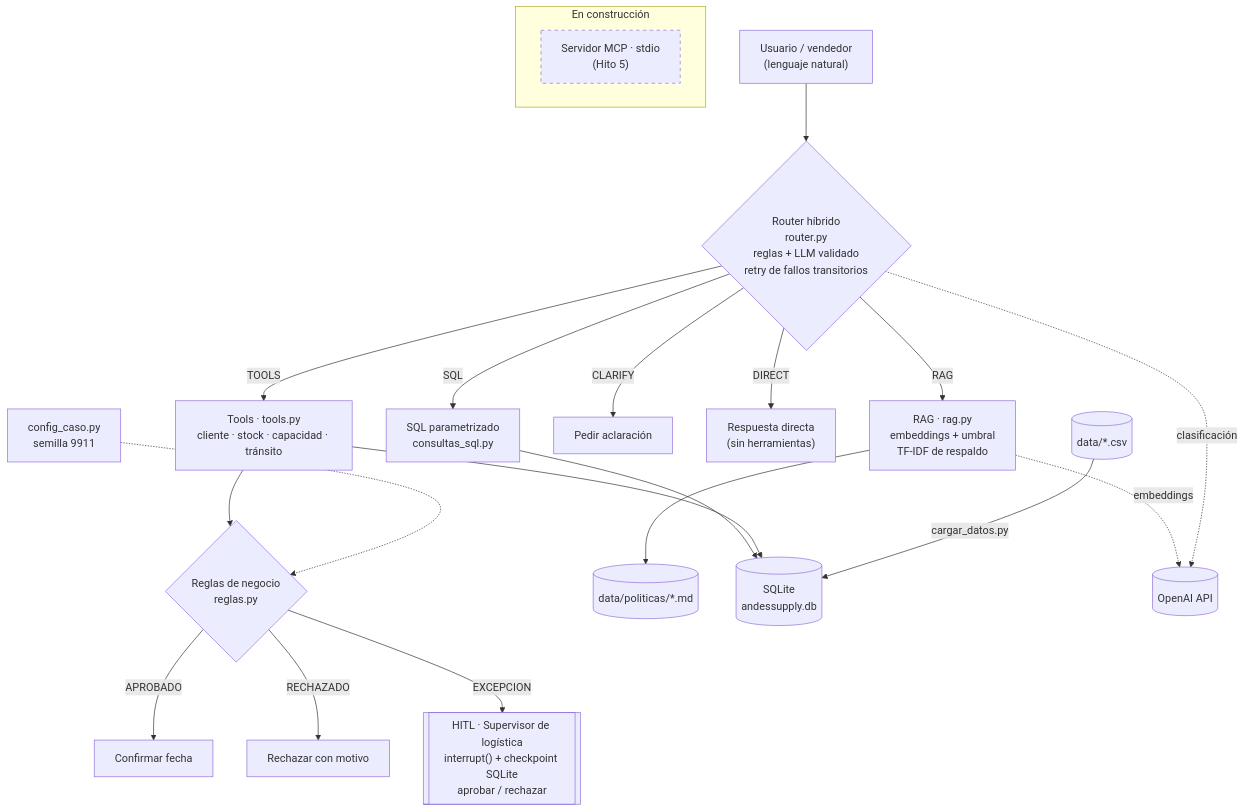
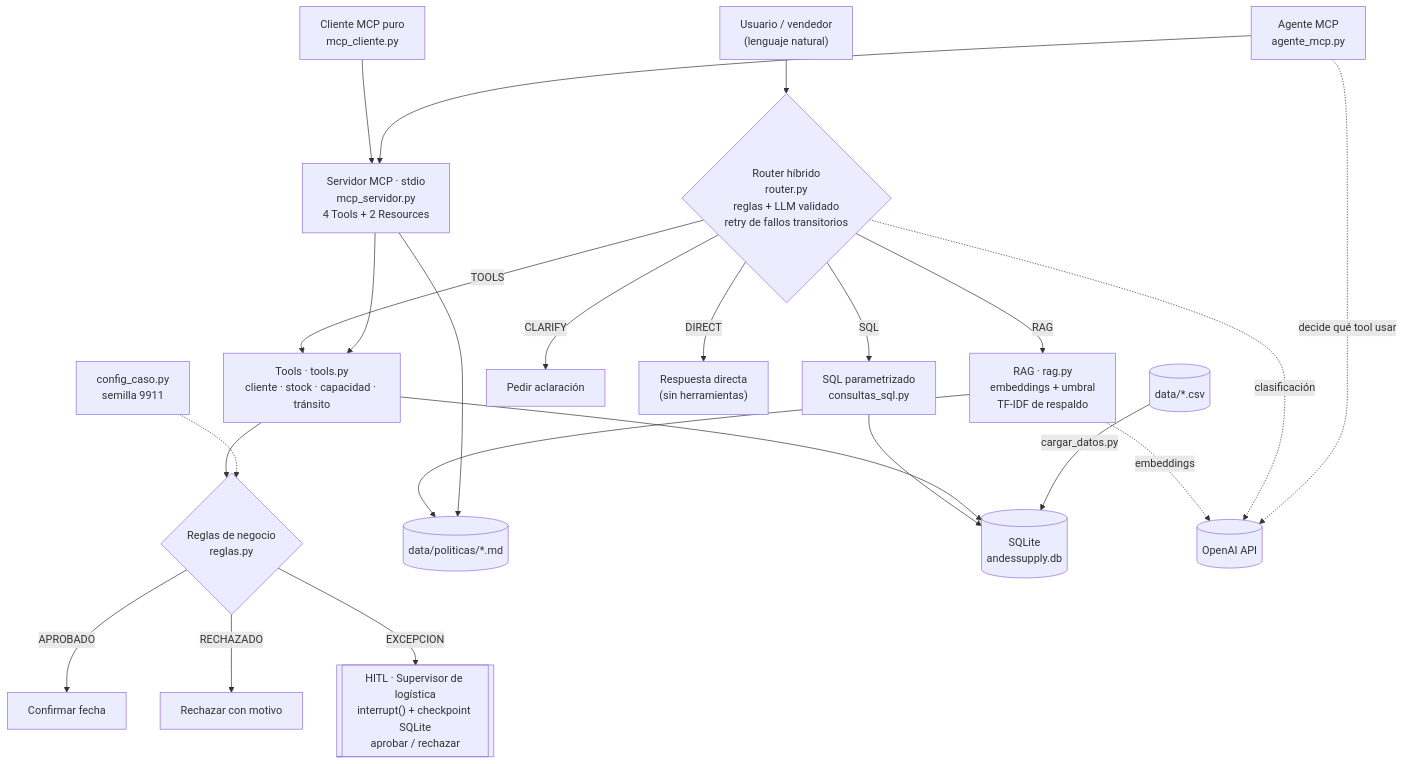
One commit to cesardataviz/romero_cesar_modulo3_dsrp changed the diagram in README.md. Above: the diagram before and after it, drawn with Mermaid. The commit also changed other lines of this file and 11 other files, not shown here.

Commit message:
LOG-009: Hito 5 - agente MCP, cuarta tool (fecha de despacho) y diagrama antes/despues

````diff
--- a/README.md
+++ b/README.md
@@ -13,30 +13,30 @@
 ```mermaid
 flowchart TD
     U["Usuario / vendedor<br/>(lenguaje natural)"] --> R{"Router híbrido<br/>router.py<br/>reglas + LLM validado<br/>retry de fallos transitorios"}
 
     R -->|RAG| RAG["RAG · rag.py<br/>embeddings + umbral<br/>TF-IDF de respaldo"]
     R -->|SQL| SQL["SQL parametrizado<br/>consultas_sql.py"]
     R -->|TOOLS| T["Tools · tools.py<br/>cliente · stock · capacidad · tránsito"]
     R -->|CLARIFY| C["Pedir aclaración"]
     R -->|DIRECT| D["Respuesta directa<br/>(sin herramientas)"]
 
     T --> RG{"Reglas de negocio<br/>reglas.py"}
     RG -->|APROBADO| OK["Confirmar fecha"]
     RG -->|RECHAZADO| NO["Rechazar con motivo"]
     RG -->|EXCEPCION| H[["HITL · Supervisor de logística<br/>interrupt() + checkpoint SQLite<br/>aprobar / rechazar"]]
 
     RAG --> DOCS[("data/politicas/*.md")]
     SQL --> DB[("SQLite<br/>andessupply.db")]
     T --> DB
     CSV[("data/*.csv")] -->|cargar_datos.py| DB
     CFG["config_caso.py<br/>semilla 9911"] -.-> RG
     RAG -.->|embeddings| OAI[("OpenAI API")]
     R -.->|clasificación| OAI
+    MS["Servidor MCP · stdio<br/>mcp_servidor.py<br/>4 Tools + 2 Resources"] --> T
+    MS --> DOCS
+    CL["Cliente MCP puro<br/>mcp_cliente.py"] --> MS
+    AG["Agente MCP<br/>agente_mcp.py"] --> MS
+    AG -.->|decide qué tool usar| OAI
 
-    subgraph PLAN["En construcción"]
-        MCP["Servidor MCP · stdio<br/>(Hito 5)"]
-    end
 
-    classDef pendiente stroke-dasharray: 5 5
-    class MCP pendiente
 ```
````
